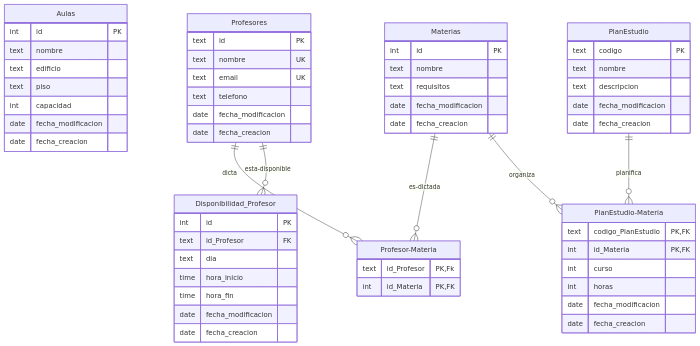
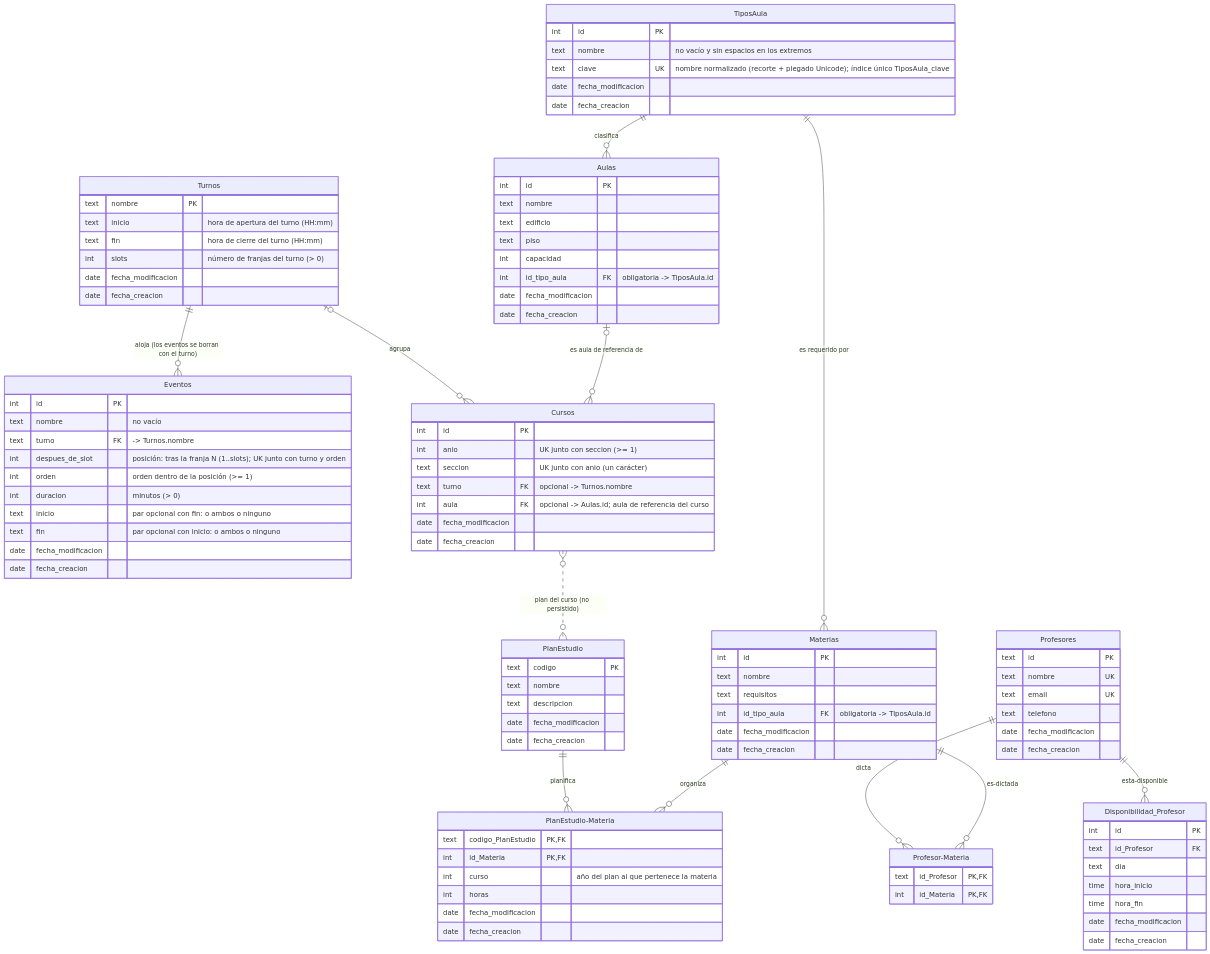
The diagram in docs/Diagrama-MER.md (Servicio-Comunitario-Gestor-Horarios/Dev_Servicio-Comunitario_Gestor-Horarios), drawn with Mermaid before and after one commit. The commit also changed 2 other files, not shown here.

Commit message:
docs: diagrama entidad-relación completo con tipos, turnos, eventos y cursos
T8 de la 010 (RF-9). Incorpora el catálogo de tipos, las referencias de tipo
en aulas y materias, turnos, eventos y cursos, con sus cardinalidades y
restricciones reales.

````diff
--- a/docs/Diagrama-MER.md
+++ b/docs/Diagrama-MER.md
@@ -1,12 +1,24 @@
 ```mermaid
 erDiagram
-    
+    %% Modelo persistido completo (spec 009 + spec 010).
+    %% Los nombres de tabla son los del esquema (SQLite); las columnas marcadas FK
+    %% reflejan REFERENCES reales y las UK los índices/claves únicos.
+
+    TiposAula {
+        int id PK
+        text nombre "no vacío y sin espacios en los extremos"
+        text clave UK "nombre normalizado (recorte + plegado Unicode); índice único TiposAula_clave"
+        date fecha_modificacion
+        date fecha_creacion
+    }
+
     Aulas {
         int id PK
         text nombre
         text edificio
         text piso
         int capacidad
+        int id_tipo_aula FK "obligatoria -> TiposAula.id"
         date fecha_modificacion
         date fecha_creacion
     }
@@ -24,11 +36,12 @@
         int id PK
         text nombre
         text requisitos
+        int id_tipo_aula FK "obligatoria -> TiposAula.id"
         date fecha_modificacion
         date fecha_creacion
     }
 
-        Disponibilidad_Profesor {
+    Disponibilidad_Profesor {
         int id PK
         text id_Profesor FK
         text dia
@@ -39,7 +52,7 @@
     }
 
     Profesor-Materia {
-        text id_Profesor PK, Fk
+        text id_Profesor PK, FK
         int id_Materia PK, FK
     }
 
@@ -52,17 +65,55 @@
     }
 
     PlanEstudio-Materia {
-        text codigo_PlanEstudio PK,FK
+        text codigo_PlanEstudio PK, FK
         int id_Materia PK, FK
-        int curso
+        int curso "año del plan al que pertenece la materia"
         int horas
         date fecha_modificacion
         date fecha_creacion
     }
 
+    Turnos {
+        text nombre PK
+        text inicio "hora de apertura del turno (HH:mm)"
+        text fin "hora de cierre del turno (HH:mm)"
+        int slots "número de franjas del turno (> 0)"
+        date fecha_modificacion
+        date fecha_creacion
+    }
+
+    Eventos {
+        int id PK
+        text nombre "no vacío"
+        text turno FK "-> Turnos.nombre"
+        int despues_de_slot "posición: tras la franja N (1..slots); UK junto con turno y orden"
+        int orden "orden dentro de la posición (>= 1)"
+        int duracion "minutos (> 0)"
+        text inicio "par opcional con fin: o ambos o ninguno"
+        text fin "par opcional con inicio: o ambos o ninguno"
+        date fecha_modificacion
+        date fecha_creacion
+    }
+
+    Cursos {
+        int id PK
+        int anio "UK junto con seccion (>= 1)"
+        text seccion "UK junto con anio (un carácter)"
+        text turno FK "opcional -> Turnos.nombre"
+        int aula FK "opcional -> Aulas.id; aula de referencia del curso"
+        date fecha_modificacion
+        date fecha_creacion
+    }
+
+    TiposAula ||--o{ Aulas: clasifica
+    TiposAula ||--o{ Materias: "es requerido por"
     Profesores ||--o{ Profesor-Materia: dicta
     Profesores ||--o{ Disponibilidad_Profesor: esta-disponible
     Materias ||--o{ Profesor-Materia: es-dictada
     PlanEstudio ||--o{ PlanEstudio-Materia: planifica
     Materias ||--o{ PlanEstudio-Materia: organiza
+    Turnos ||--o{ Eventos: "aloja (los eventos se borran con el turno)"
+    Turnos |o--o{ Cursos: agrupa
+    Aulas |o--o{ Cursos: "es aula de referencia de"
+    Cursos }o..o{ PlanEstudio: "plan del curso (no persistido)"
 ```
````
